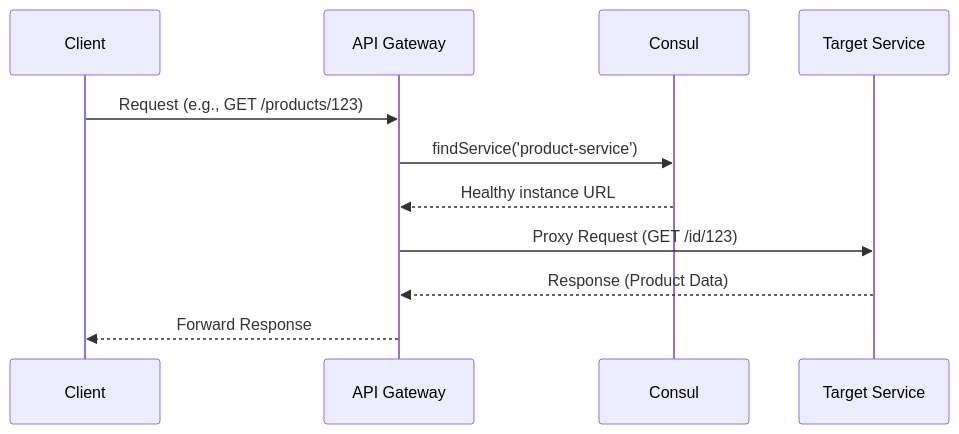
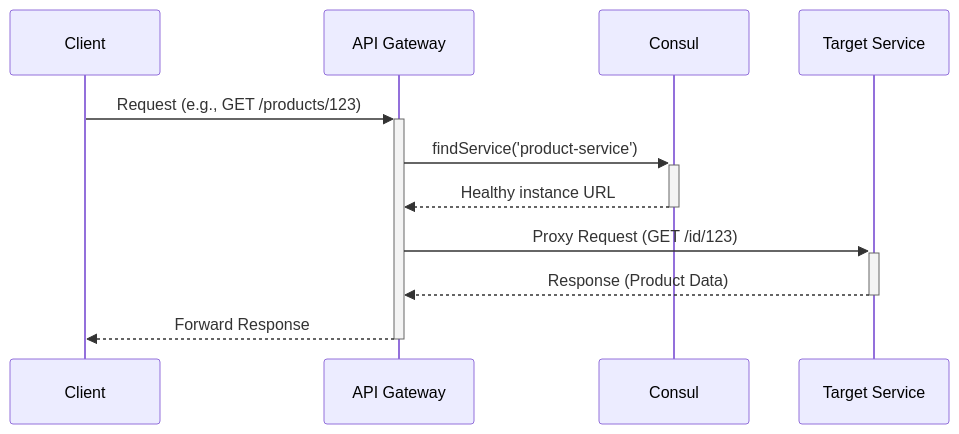
The second of 9 diagrams in apiDocumentation.md (HarcheSamir/esisba-lirmm-ecommerce), drawn with Mermaid before and after one commit. The commit also changed other lines of this file, not shown here.

````diff
--- a/apiDocumentation.md
+++ b/apiDocumentation.md
@@ -140,9 +131,14 @@
 ```mermaid
 sequenceDiagram
-    Client->>API Gateway: Request (e.g., GET /products/123)
-    API Gateway->>Consul: findService('product-service')
-    Consul-->>API Gateway: Healthy instance URL
-    API Gateway->>Target Service: Proxy Request (GET /id/123)
-    Target Service-->>API Gateway: Response (Product Data)
-    API Gateway-->>Client: Forward Response
+    participant Client
+    participant APIGW as API Gateway
+    participant Consul
+    participant TargetSvc as Target Service
+
+    Client->>+APIGW: Request (e.g., GET /products/123)
+    APIGW->>+Consul: findService('product-service')
+    Consul-->>-APIGW: Healthy instance URL
+    APIGW->>+TargetSvc: Proxy Request (GET /id/123)
+    TargetSvc-->>-APIGW: Response (Product Data)
+    APIGW-->>-Client: Forward Response
 ```
````
